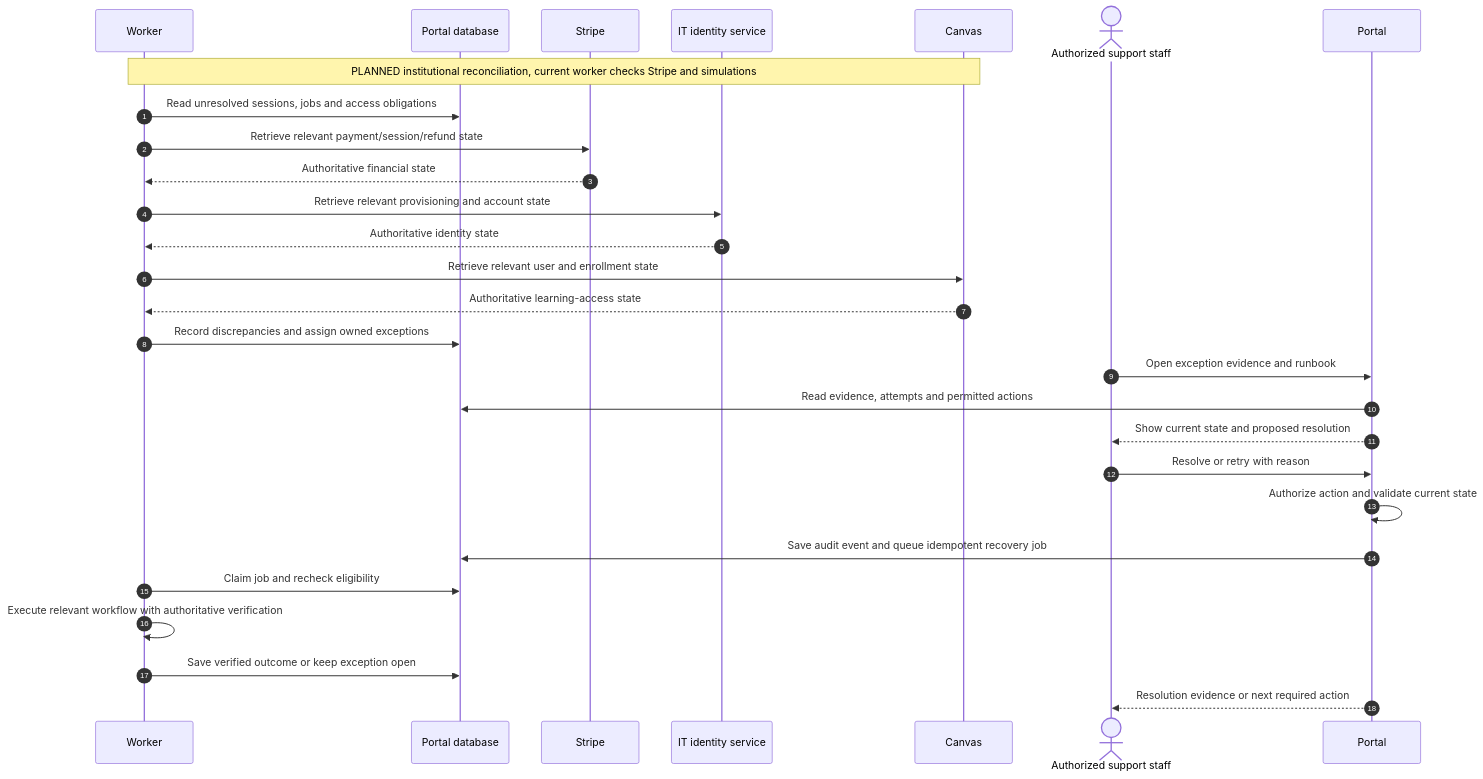
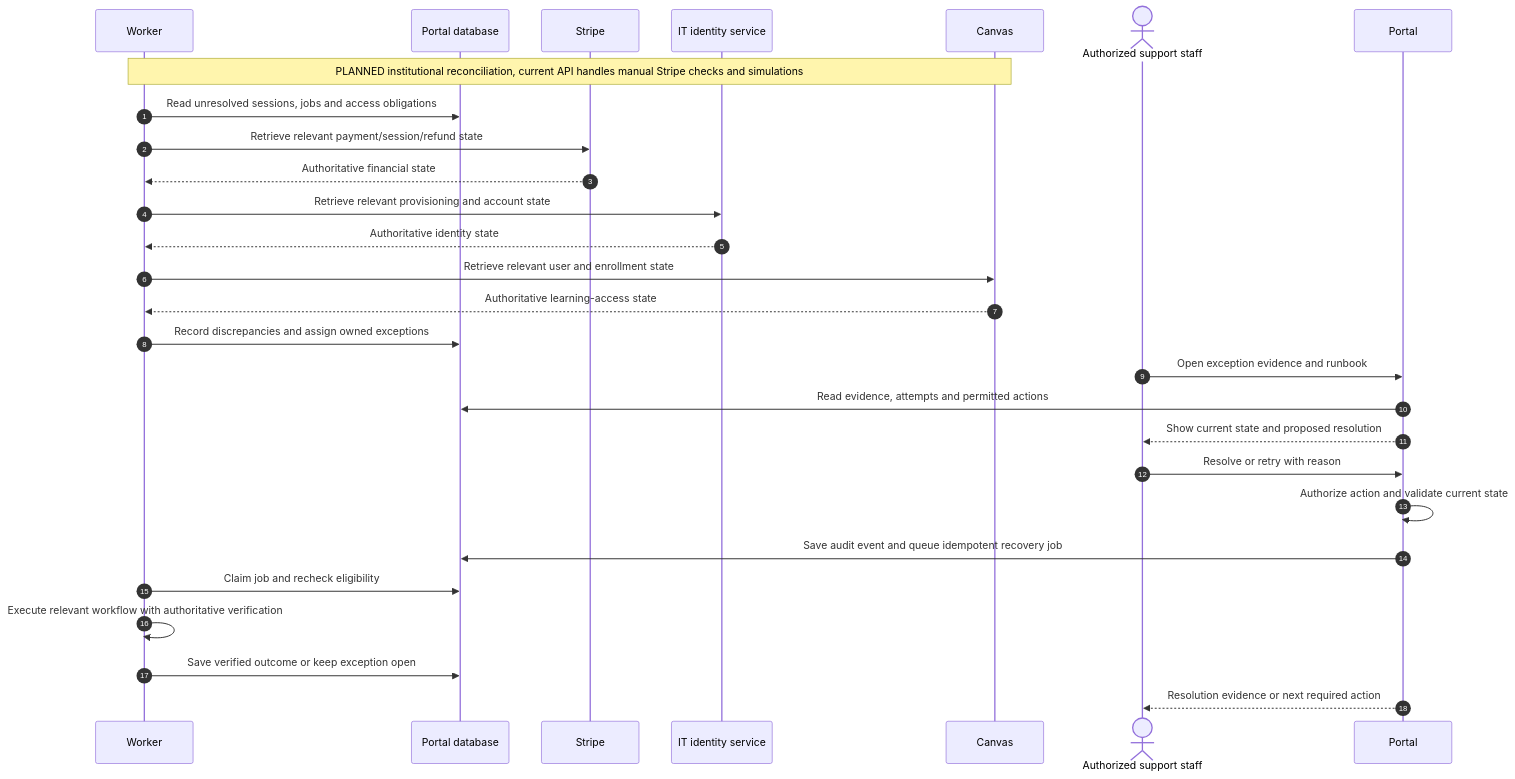
One commit to dr-grizz/Continuing-Education changed diagram 13 of 14 in docs/implementation-plan.md. Above: the diagram before and after it, drawn with Mermaid. The commit also changed other lines of this file and 41 other files, not shown here.

````diff
--- a/docs/implementation-plan.md
+++ b/docs/implementation-plan.md
@@ -877,30 +867,30 @@
 ```mermaid
 sequenceDiagram
     autonumber
     participant Worker
     participant DB as Portal database
     participant Stripe
     participant Identity as IT identity service
     participant Canvas
     actor Staff as Authorized support staff
     participant Portal
-    Note over Worker,Canvas: PLANNED institutional reconciliation, current worker checks Stripe and simulations
+    Note over Worker,Canvas: PLANNED institutional reconciliation, current API handles manual Stripe checks and simulations
     Worker->>DB: Read unresolved sessions, jobs and access obligations
     Worker->>Stripe: Retrieve relevant payment/session/refund state
     Stripe-->>Worker: Authoritative financial state
     Worker->>Identity: Retrieve relevant provisioning and account state
     Identity-->>Worker: Authoritative identity state
     Worker->>Canvas: Retrieve relevant user and enrollment state
     Canvas-->>Worker: Authoritative learning-access state
     Worker->>DB: Record discrepancies and assign owned exceptions
     Staff->>Portal: Open exception evidence and runbook
     Portal->>DB: Read evidence, attempts and permitted actions
     Portal-->>Staff: Show current state and proposed resolution
     Staff->>Portal: Resolve or retry with reason
     Portal->>Portal: Authorize action and validate current state
     Portal->>DB: Save audit event and queue idempotent recovery job
     Worker->>DB: Claim job and recheck eligibility
     Worker->>Worker: Execute relevant workflow with authoritative verification
     Worker->>DB: Save verified outcome or keep exception open
     Portal-->>Staff: Resolution evidence or next required action
 ```
````
